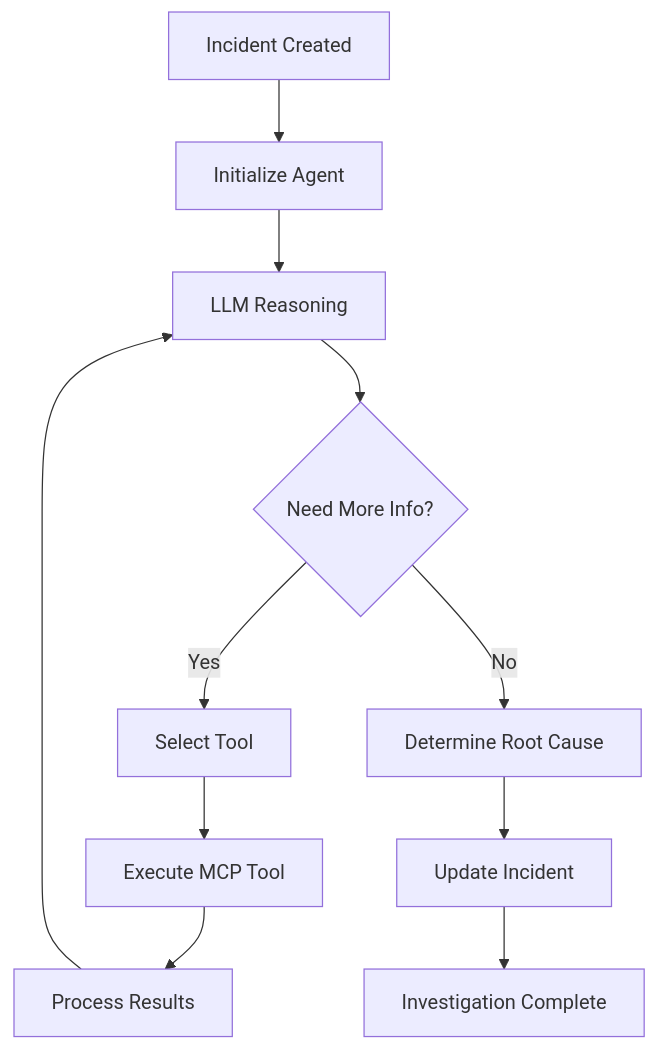
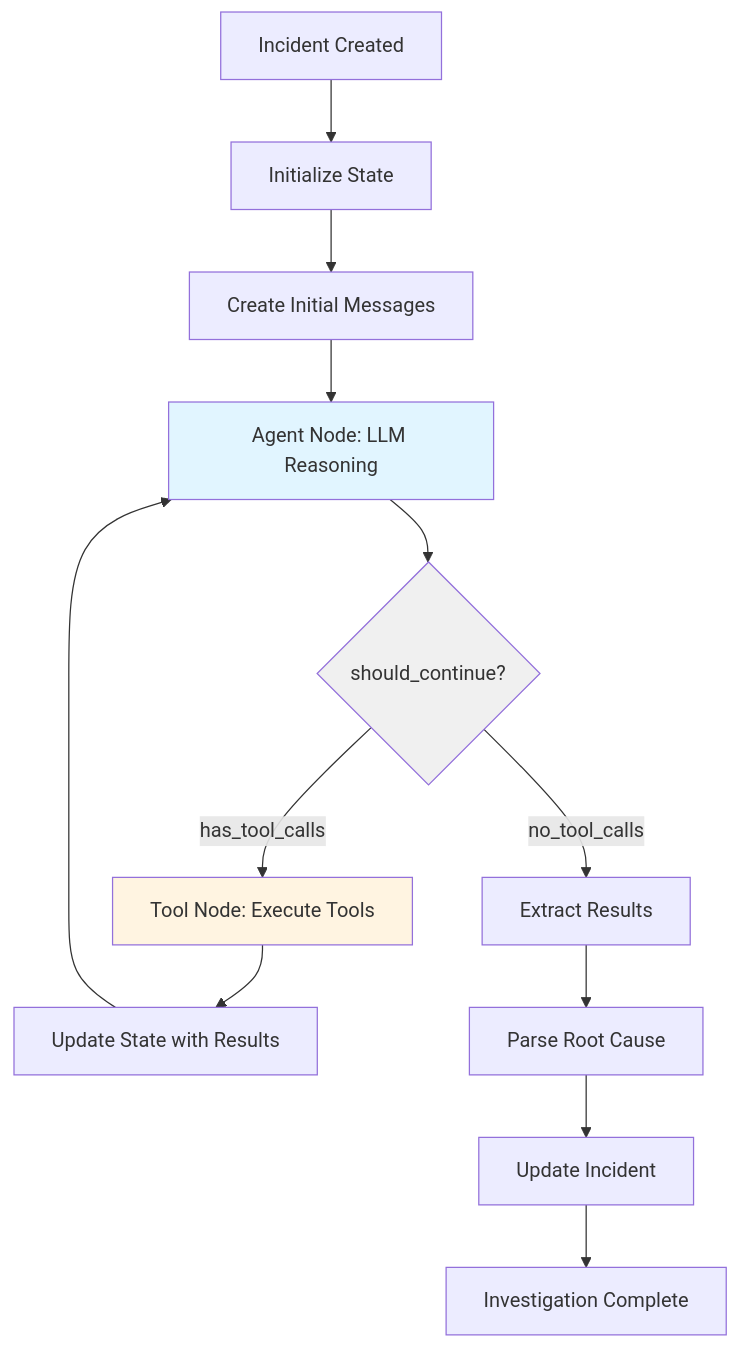
Before and after one commit to SRE-Spaghetti/SRE-Orchestrator: the second of 3 diagrams in docs/langgraph-workflow.md, drawn with Mermaid. The commit also changed other lines of this file and 11 other files, not shown here.

````diff
--- a/docs/langgraph-workflow.md
+++ b/docs/langgraph-workflow.md
@@ -24,13 +51,18 @@
 ```mermaid
 graph TD
-    A[Incident Created] --> B[Initialize Agent]
-    B --> C[LLM Reasoning]
-    C --> D{Need More Info?}
-    D -->|Yes| E[Select Tool]
-    E --> F[Execute MCP Tool]
-    F --> G[Process Results]
-    G --> C
-    D -->|No| H[Determine Root Cause]
-    H --> I[Update Incident]
-    I --> J[Investigation Complete]
+    A[Incident Created] --> B[Initialize State]
+    B --> C[Create Initial Messages]
+    C --> D[Agent Node: LLM Reasoning]
+    D --> E{should_continue?}
+    E -->|has_tool_calls| F[Tool Node: Execute Tools]
+    F --> G[Update State with Results]
+    G --> D
+    E -->|no_tool_calls| H[Extract Results]
+    H --> I[Parse Root Cause]
+    I --> J[Update Incident]
+    J --> K[Investigation Complete]
+
+    style D fill:#e1f5ff
+    style F fill:#fff4e1
+    style E fill:#f0f0f0
 ```
````
